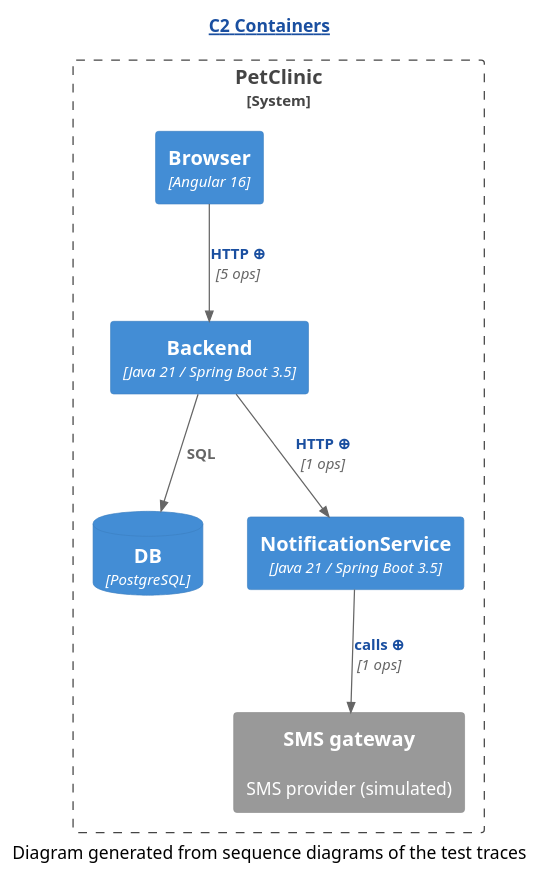
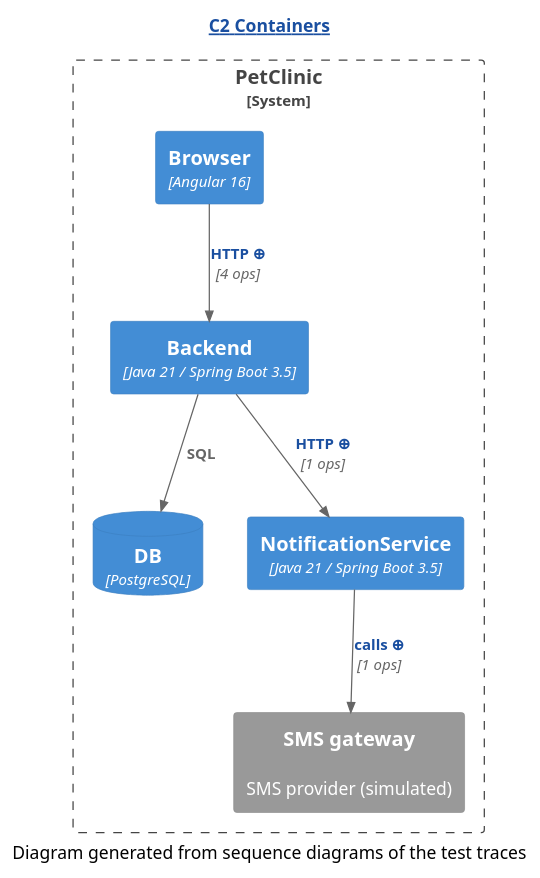
The diagram in demo/demo/assets/c2/C2-Containers.new.puml (Winandvdb/human-review), drawn with PlantUML before and after one commit. The commit also changed 69 other files, not shown here.

```diff
--- a/demo/demo/assets/c2/C2-Containers.new.puml
+++ b/demo/demo/assets/c2/C2-Containers.new.puml
@@ -1,20 +1,20 @@
 @startuml
 ' ⚠️  GENERATED — projected from the sequence diagrams by c2-from-sequence.py.
 !include <C4/C4_Container>
 HIDE_STEREOTYPE()
 skinparam hyperlinkUnderline false
 skinparam hyperlinkColor #1A4FA0
 title [[https://c4model.com/diagrams/container{What is a C2 diagram?} C2 Containers]]
 System_Boundary(c2_system, "PetClinic") {
   Container(Backend, "Backend", "Java 21 / Spring Boot 3.5", "")
   Container(Browser, "Browser", "Angular 16", "")
   ContainerDb(DB, "DB", "PostgreSQL", "")
   Container(NotificationService, "NotificationService", "Java 21 / Spring Boot 3.5", "")
   System_Ext(SMS_gateway, "SMS gateway", "SMS provider (simulated)", "")
 }
 Rel(Backend, DB, "SQL", "")
 Rel(Backend, NotificationService, "[[genseq://c2-279a196c9d{Click for the calls behind this line} HTTP ⊕]]", "1 ops")
-Rel(Browser, Backend, "[[genseq://c2-fb35163739{Click for the calls behind this line} HTTP ⊕]]", "5 ops")
+Rel(Browser, Backend, "[[genseq://c2-43d2943456{Click for the calls behind this line} HTTP ⊕]]", "4 ops")
 Rel(NotificationService, SMS_gateway, "[[genseq://c2-cb01a30b7a{Click for the calls behind this line} calls ⊕]]", "1 ops")
 caption Diagram generated from sequence diagrams of the test traces
 @enduml
```
